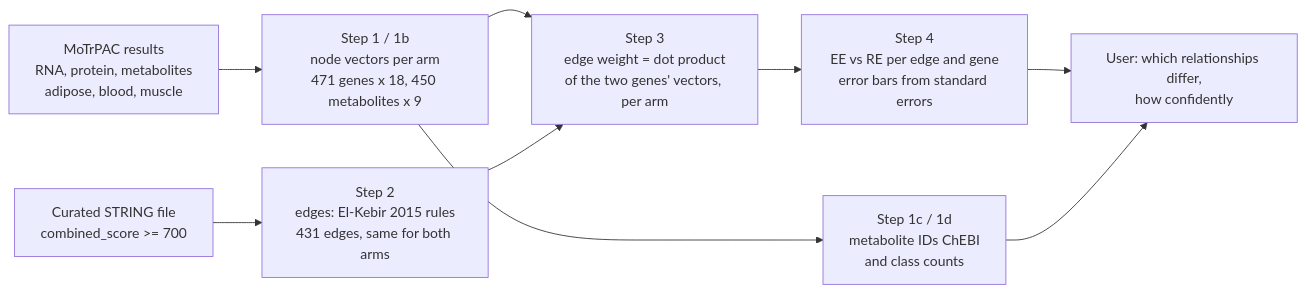
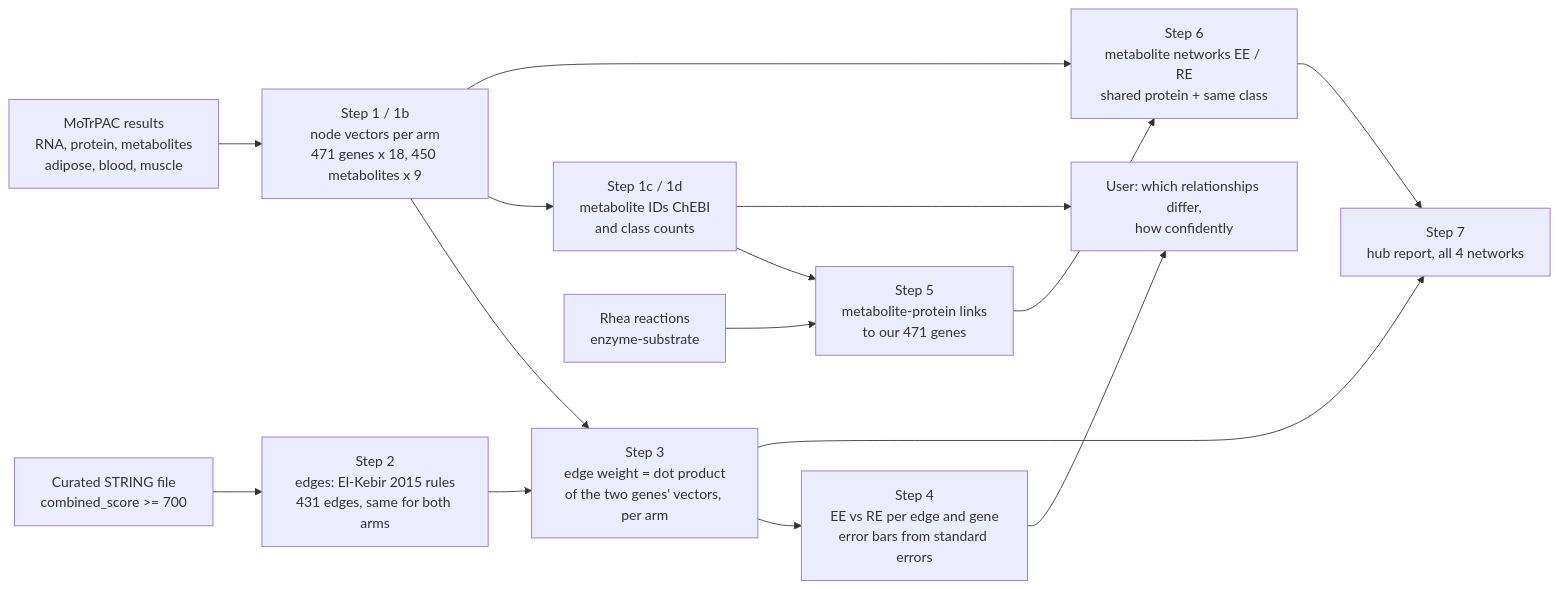
One commit to Stanford-Bioinformatics-Center/multiomics-hackathon-2026-track-1 changed the diagram in network/README.md. Above: the diagram before and after it, drawn with Mermaid. The commit also changed other lines of this file and 4 other files, not shown here.

First line of the commit message:
Add metabolite networks (Rhea) and hub report for all four networks

````diff
--- a/network/README.md
+++ b/network/README.md
@@ -43,11 +43,17 @@
 ```mermaid
 flowchart LR
   A[MoTrPAC results<br/>RNA, protein, metabolites<br/>adipose, blood, muscle] --> B[Step 1 / 1b<br/>node vectors per arm<br/>471 genes x 18, 450 metabolites x 9]
   S[Curated STRING file<br/>combined_score >= 700] --> C[Step 2<br/>edges: El-Kebir 2015 rules<br/>431 edges, same for both arms]
   B --> D[Step 3<br/>edge weight = dot product<br/>of the two genes' vectors, per arm]
   C --> D
   D --> E[Step 4<br/>EE vs RE per edge and gene<br/>error bars from standard errors]
   B --> F[Step 1c / 1d<br/>metabolite IDs ChEBI<br/>and class counts]
   E --> U[User: which relationships differ,<br/>how confidently]
+  R[Rhea reactions<br/>enzyme-substrate] --> G[Step 5<br/>metabolite-protein links<br/>to our 471 genes]
+  F --> G
+  G --> H[Step 6<br/>metabolite networks EE / RE<br/>shared protein + same class]
+  B --> H
+  D --> K[Step 7<br/>hub report, all 4 networks]
+  H --> K
   F --> U
 ```
````
